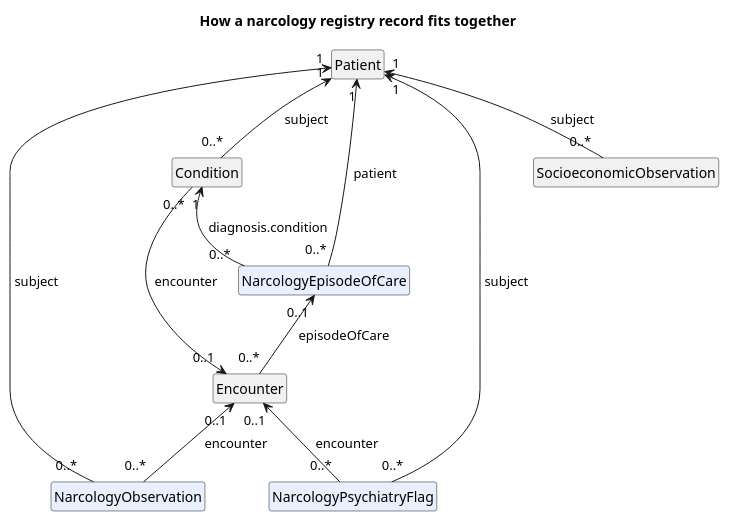
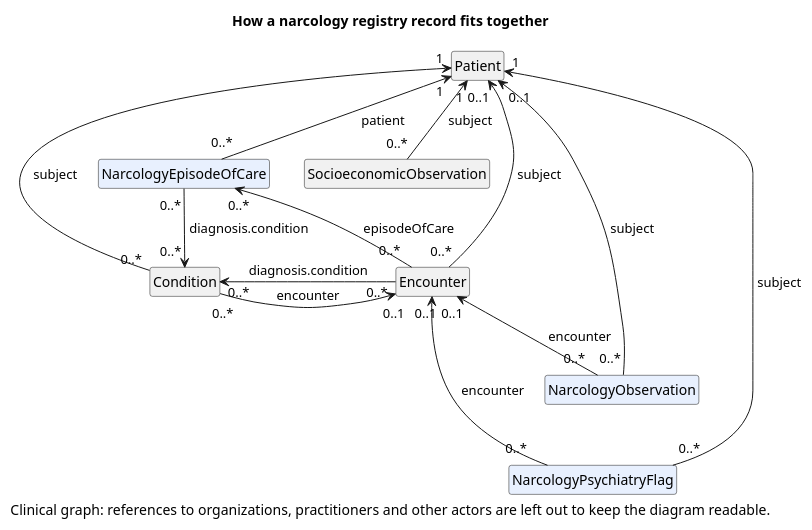
One commit to icmrnbw/digital-health-integration changed the diagram in input/images-source/narcology-model-en.plantuml. Above: the diagram before and after it, drawn with PlantUML. The commit also changed 29 other files, not shown here.

First line of the commit message:
Integration diagrams: all profiles, clinical graph (#104)

```diff
--- a/input/images-source/narcology-model-en.plantuml
+++ b/input/images-source/narcology-model-en.plantuml
@@ -1,25 +1,29 @@
 @startuml narcology-model-en
 hide circle
 hide empty members
 title How a narcology registry record fits together
 
 class Patient [[https://dhp.uz/fhir/core/StructureDefinition-uz-core-patient.html{Open the UZ Core Patient profile}]]
 class Encounter [[https://dhp.uz/fhir/core/StructureDefinition-uz-core-encounter.html{Open the UZ Core Encounter profile}]]
 class Condition [[https://dhp.uz/fhir/core/StructureDefinition-uz-core-condition.html{Open the UZ Core Condition profile}]]
 class SocioeconomicObservation [[https://dhp.uz/fhir/core/StructureDefinition-uz-core-socioeconomic-observation.html{Open the UZ Core Socioeconomic Observation profile}]]
 class NarcologyEpisodeOfCare [[StructureDefinition-narcology-episode-of-care.html{Open the NarcologyEpisodeOfCare profile}]] #E8F0FE
 class NarcologyObservation [[StructureDefinition-narcology-observation.html{Open the NarcologyObservation profile}]] #E8F0FE
 class NarcologyPsychiatryFlag [[StructureDefinition-narcology-psychiatry-flag.html{Open the NarcologyPsychiatryFlag profile}]] #E8F0FE
 
 Patient "1" <-- "0..*" NarcologyEpisodeOfCare : « patient »
+Patient "1" <-- "0..*" SocioeconomicObservation : « subject »
+NarcologyEpisodeOfCare "0..*" --> "0..*" Condition : « diagnosis.condition »
+NarcologyEpisodeOfCare "0..*" <-- "0..*" Encounter : « episodeOfCare »
+Patient "0..1" <-- "0..*" Encounter : « subject »
 Patient "1" <-- "0..*" Condition : « subject »
-Patient "1" <-- "0..*" SocioeconomicObservation : « subject »
-Patient "1" <-- "0..*" NarcologyObservation : « subject »
+Condition "0..*" <-right- "0..*" Encounter : «  diagnosis.condition  »
+Condition "0..*" -right-> "0..1" Encounter : «   encounter   »
+Encounter "0..1" <--- "0..*" NarcologyPsychiatryFlag : « encounter »
+Encounter "0..1" <-- "0..*" NarcologyObservation : « encounter »
 Patient "1" <-- "0..*" NarcologyPsychiatryFlag : « subject »
-NarcologyEpisodeOfCare "0..1" <-- "0..*" Encounter : « episodeOfCare »
-Condition "1" <-- "0..*" NarcologyEpisodeOfCare : « diagnosis.condition »
-Encounter "0..1" <-- "0..*" Condition : « encounter »
-Encounter "0..1" <-- "0..*" NarcologyObservation : « encounter »
-Encounter "0..1" <-- "0..*" NarcologyPsychiatryFlag : « encounter »
+Patient "0..1" <-- "0..*" NarcologyObservation : « subject »
+
+caption Clinical graph: references to organizations, practitioners and other actors are left out to keep the diagram readable.
 
 @enduml
```
